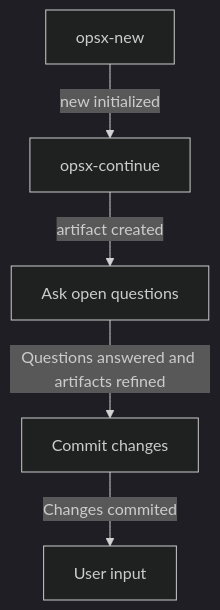
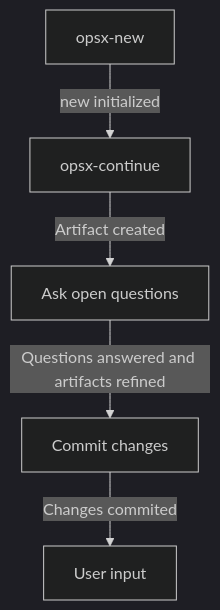
Before and after one commit to aserowy/yeet: the first of 7 diagrams in .opencode/agents/openspec.md, drawn with Mermaid (dark theme). The commit also changed other lines of this file, not shown here.

````diff
--- a/.opencode/agents/openspec.md
+++ b/.opencode/agents/openspec.md
@@ -55,7 +55,7 @@
 ```mermaid
 flowchart TD
     A[opsx-new] -->|new initialized| B[opsx-continue]
-    B -->|artifact created| C[Ask open questions]
+    B -->|Artifact created| C[Ask open questions]
     C -->|Questions answered and artifacts refined| D[Commit changes]
     D -->|Changes commited| E[User input]
 ```
````
